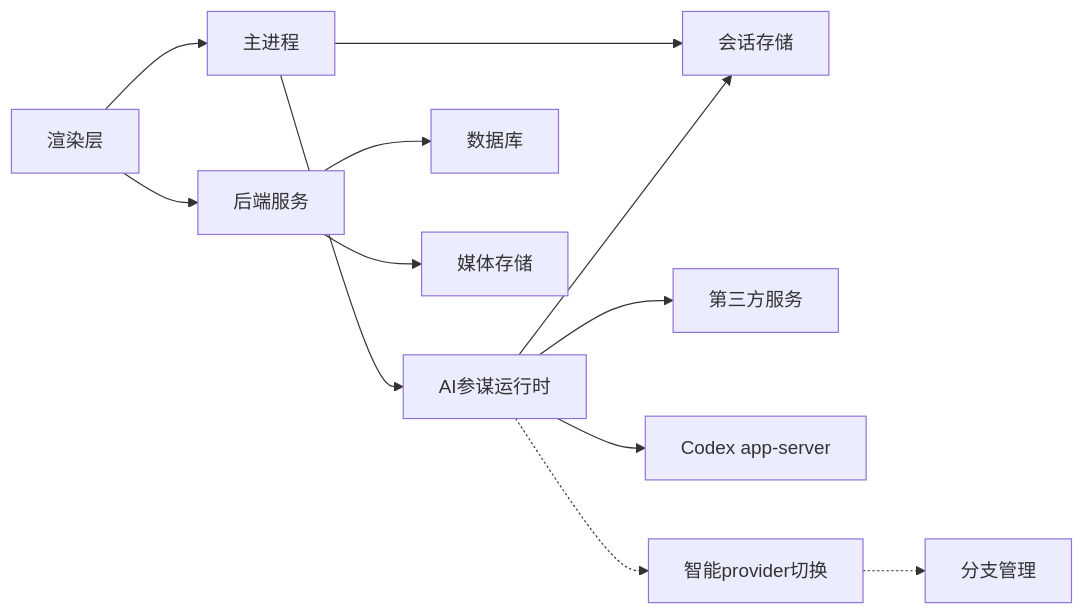
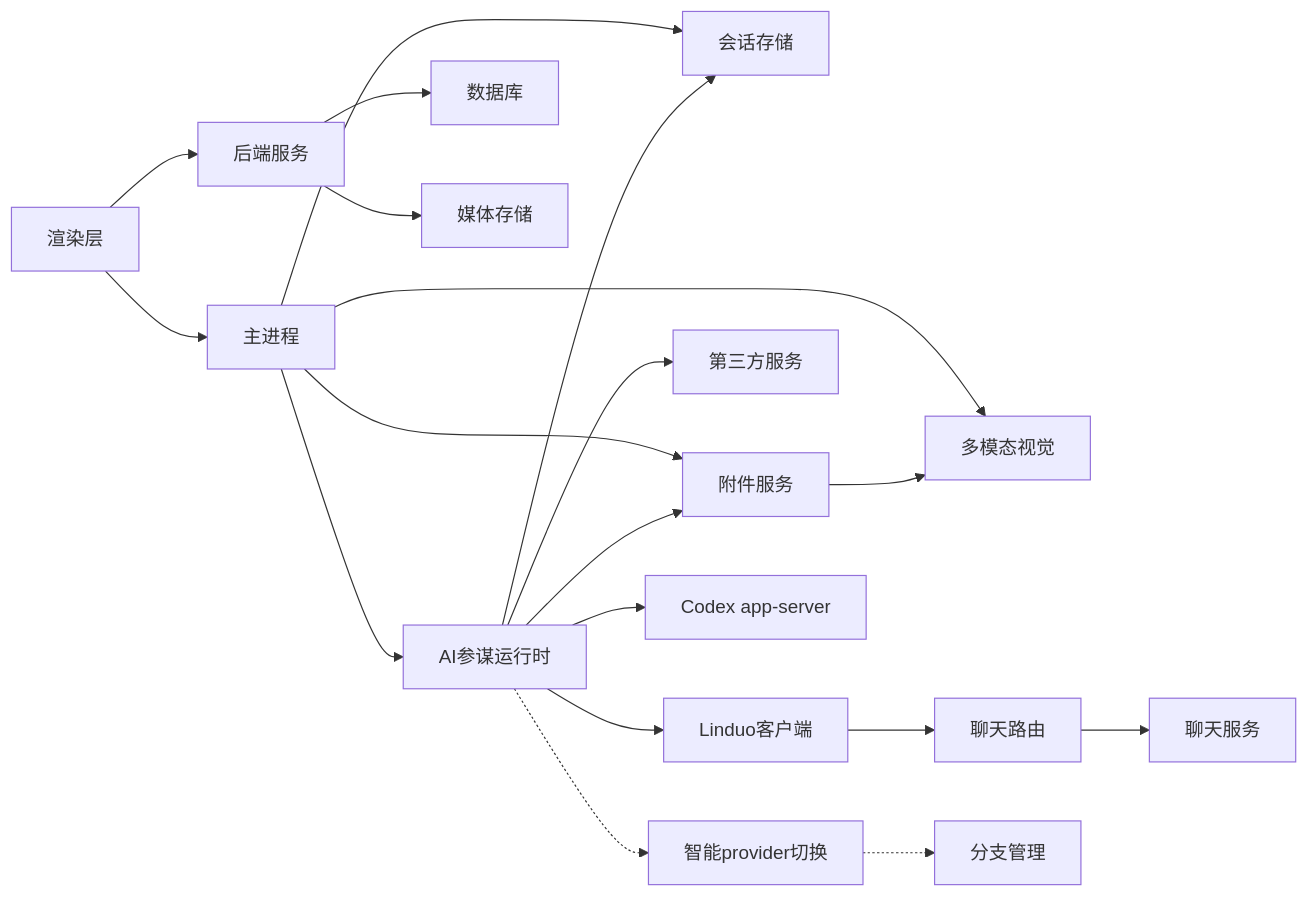
Diagram 12 of 12 in .qoder/repowiki/zh/content/核心服务/AI参谋系统架构.md (iljahofbauer219-lang/yandu), drawn with Mermaid before and after one commit. The commit also changed other lines of this file and 340 other files, not shown here.

````diff
--- a/.qoder/repowiki/zh/content/核心服务/AI参谋系统架构.md
+++ b/.qoder/repowiki/zh/content/核心服务/AI参谋系统架构.md
@@ -399,14 +636,21 @@
 ```mermaid
 graph LR
 Renderer["渲染层"] --> Main["主进程"]
 Renderer --> Server["后端服务"]
 Main --> Advisor["AI参谋运行时"]
 Main --> SessionStore["会话存储"]
+Main --> AttachmentService["附件服务"]
+Main --> MultimodalVision["多模态视觉"]
 Advisor --> SessionStore
+Advisor --> AttachmentService
 Advisor --> Services["第三方服务"]
+Advisor --> LinduoClient["Linduo客户端"]
+AttachmentService --> MultimodalVision
+LinduoClient --> ChatRoutes["聊天路由"]
+ChatRoutes --> ChatService["聊天服务"]
 Server --> DB["数据库"]
 Server --> Media["媒体存储"]
 Advisor --> AppServer["Codex app-server"]
 Advisor -.-> ProviderSwitch["智能provider切换"]
 ProviderSwitch -.-> BranchManagement["分支管理"]
 ```
````
